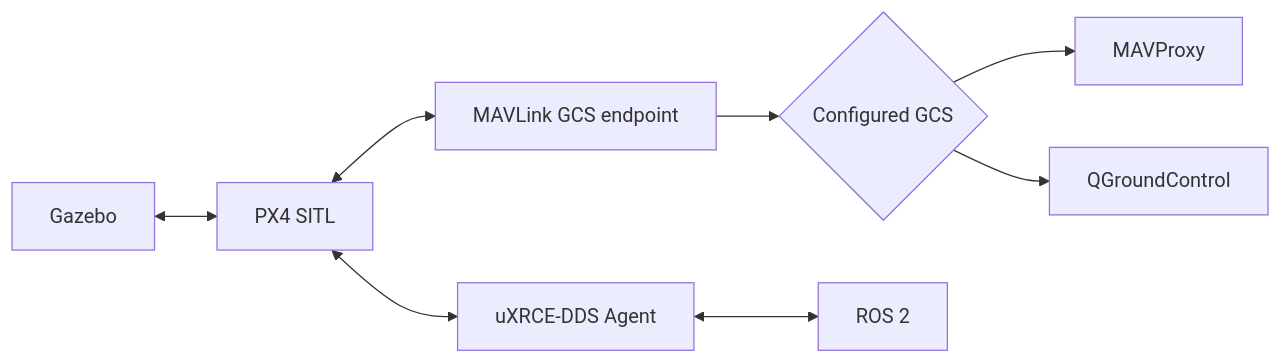
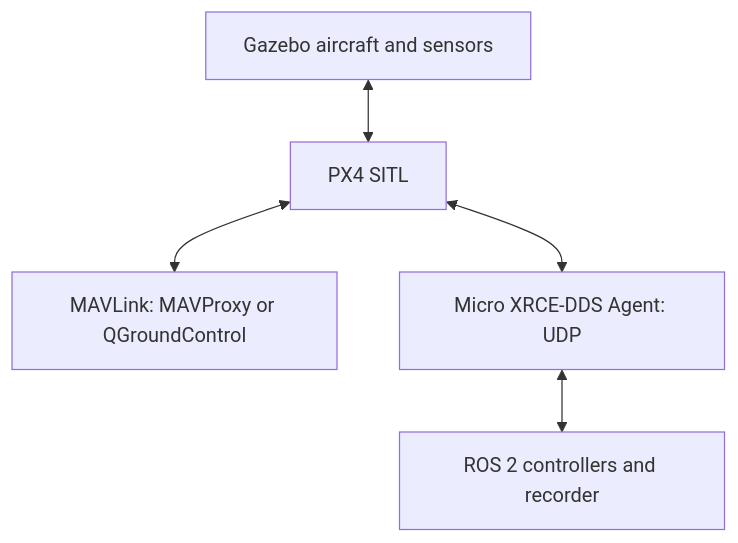
One commit to ANCL/px4-dev-toolkit changed the diagram in docs/environments/sitl.md. Above: the diagram before and after it, drawn with Mermaid. The commit also changed other lines of this file and 11 other files, not shown here.

````diff
--- a/docs/environments/sitl.md
+++ b/docs/environments/sitl.md
@@ -11,10 +7,7 @@
 ```mermaid
-flowchart LR
-    G[Gazebo] <--> P[PX4 SITL]
-    P <--> M[MAVLink GCS endpoint]
-    M --> C{Configured GCS}
-    C --> MP[MAVProxy]
-    C --> Q[QGroundControl]
-    P <--> X[uXRCE-DDS Agent]
-    X <--> R[ROS 2]
+flowchart TB
+    G[Gazebo aircraft and sensors] <--> P[PX4 SITL]
+    P <--> M[MAVLink: MAVProxy or QGroundControl]
+    P <--> X[Micro XRCE-DDS Agent: UDP]
+    X <--> R[ROS 2 controllers and recorder]
 ```
````
